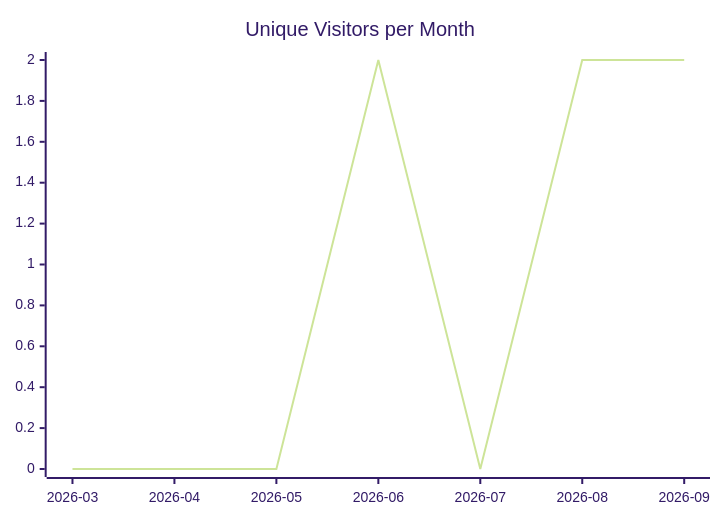
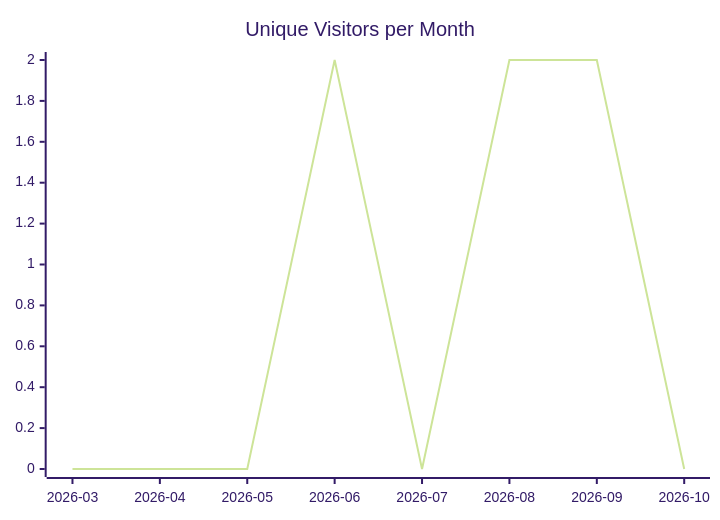
The first of 3 diagrams in karlmdavis/ansible-role-ldap/README.md (justdavis-family/github-analytics-data), drawn with Mermaid (forest theme) before and after one commit. The commit also changed other lines of this file and 202 other files, not shown here.

````diff
--- a/karlmdavis/ansible-role-ldap/README.md
+++ b/karlmdavis/ansible-role-ldap/README.md
@@ -5,6 +5,6 @@
 ```mermaid
 xychart-beta
   title "Unique Visitors per Month"
-  x-axis ["2026-03", "2026-04", "2026-05", "2026-06", "2026-07", "2026-08", "2026-09"]
-  line [0, 0, 0, 2, 0, 2, 2]
+  x-axis ["2026-03", "2026-04", "2026-05", "2026-06", "2026-07", "2026-08", "2026-09", "2026-10"]
+  line [0, 0, 0, 2, 0, 2, 2, 0]
 ```
````
